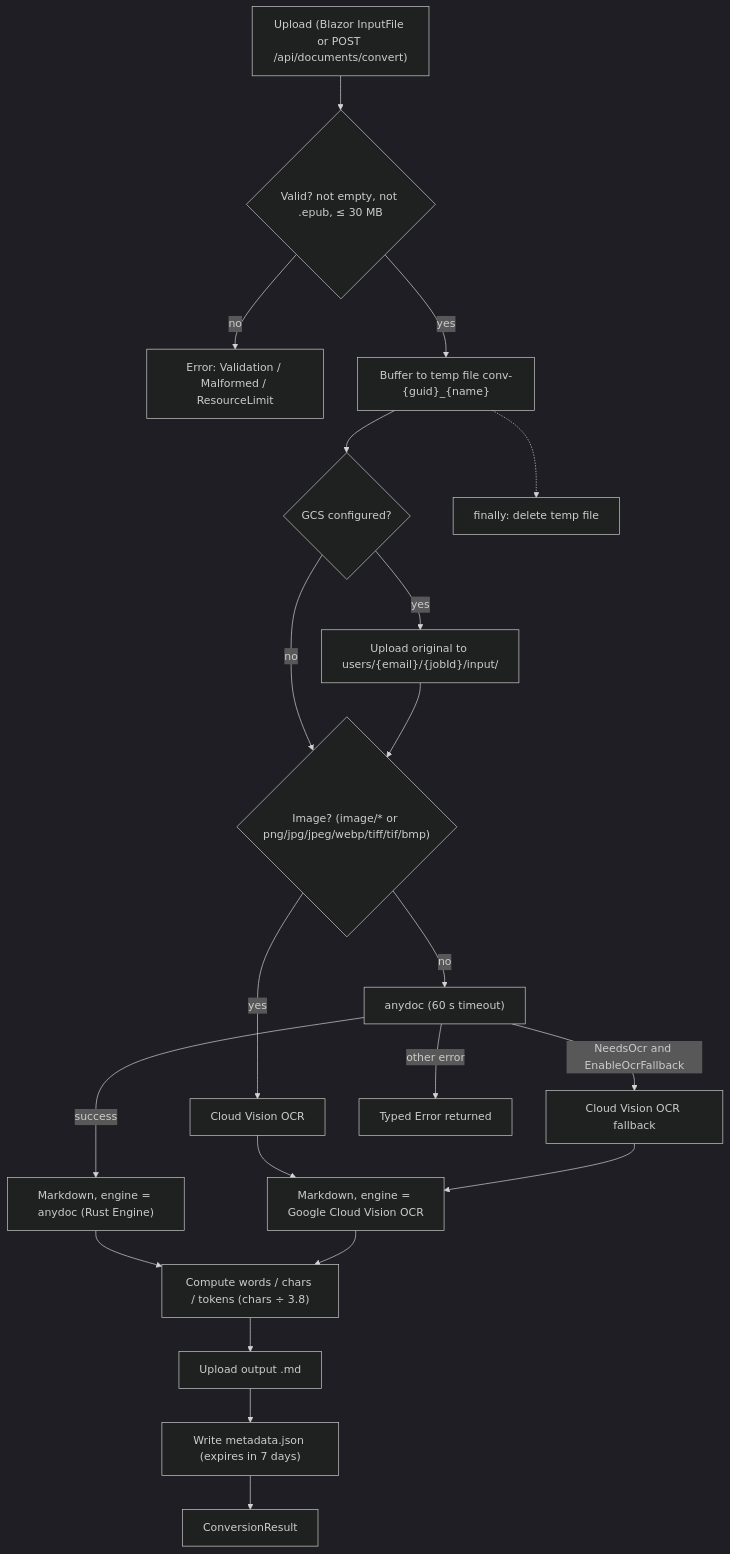
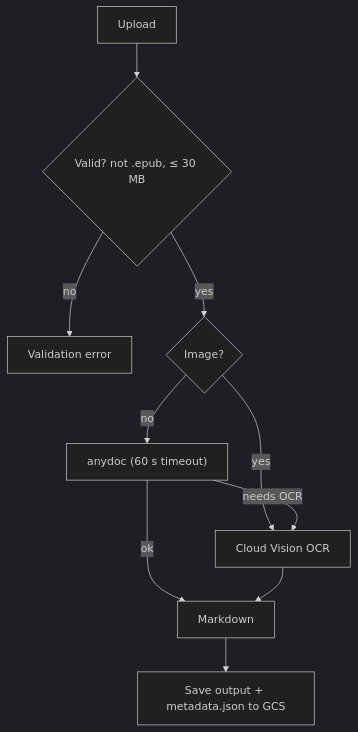
Before and after one commit to IgnacioCastro0713/DocumentMDConverter: the second of 2 diagrams in README.md, drawn with Mermaid (dark theme). The commit also changed other lines of this file, not shown here.

Commit message:
Polish README and highlight anydoc

````diff
--- a/README.md
+++ b/README.md
@@ -149,23 +81,12 @@
 ```mermaid
 flowchart TD
-    A["Upload (Blazor InputFile or POST /api/documents/convert)"] --> V{"Valid? not empty, not .epub, ≤ 30 MB"}
-    V -->|"no"| E1["Error: Validation / Malformed / ResourceLimit"]
-    V -->|"yes"| T["Buffer to temp file conv-{guid}_{name}"]
-    T --> U{"GCS configured?"}
-    U -->|"yes"| UO["Upload original to users/{email}/{jobId}/input/"]
-    U -->|"no"| R
-    UO --> R{"Image? (image/* or png/jpg/jpeg/webp/tiff/tif/bmp)"}
-    R -->|"yes"| VIS1["Cloud Vision OCR"]
-    R -->|"no"| AD["anydoc (60 s timeout)"]
-    AD -->|"success"| OK["Markdown, engine = anydoc (Rust Engine)"]
-    AD -->|"NeedsOcr and EnableOcrFallback"| VIS2["Cloud Vision OCR fallback"]
-    AD -->|"other error"| E2["Typed Error returned"]
-    VIS1 --> OK2["Markdown, engine = Google Cloud Vision OCR"]
-    VIS2 --> OK2
-    OK --> FIN
-    OK2 --> FIN["Compute words / chars / tokens (chars ÷ 3.8)"]
-    FIN --> UM["Upload output .md"]
-    UM --> MD["Write metadata.json (expires in 7 days)"]
-    MD --> DONE["ConversionResult"]
-    T -.-> CLEAN["finally: delete temp file"]
+    A["Upload"] --> V{"Valid? not .epub, ≤ 30 MB"}
+    V -->|"no"| E["Validation error"]
+    V -->|"yes"| I{"Image?"}
+    I -->|"yes"| OCR["Cloud Vision OCR"]
+    I -->|"no"| AD["anydoc (60 s timeout)"]
+    AD -->|"ok"| MD["Markdown"]
+    AD -->|"needs OCR"| OCR
+    OCR --> MD
+    MD --> S["Save output + metadata.json to GCS"]
 ```
````
